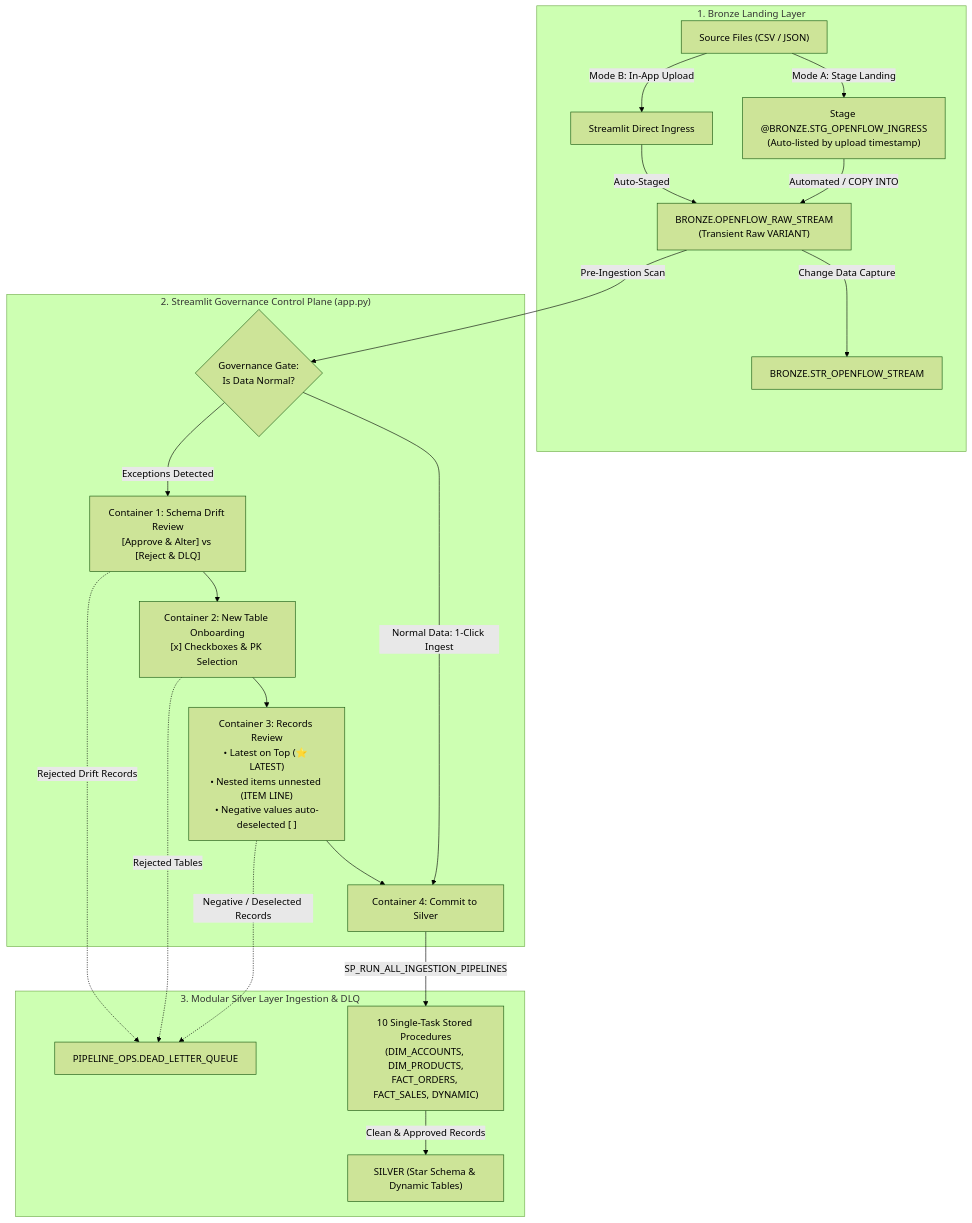
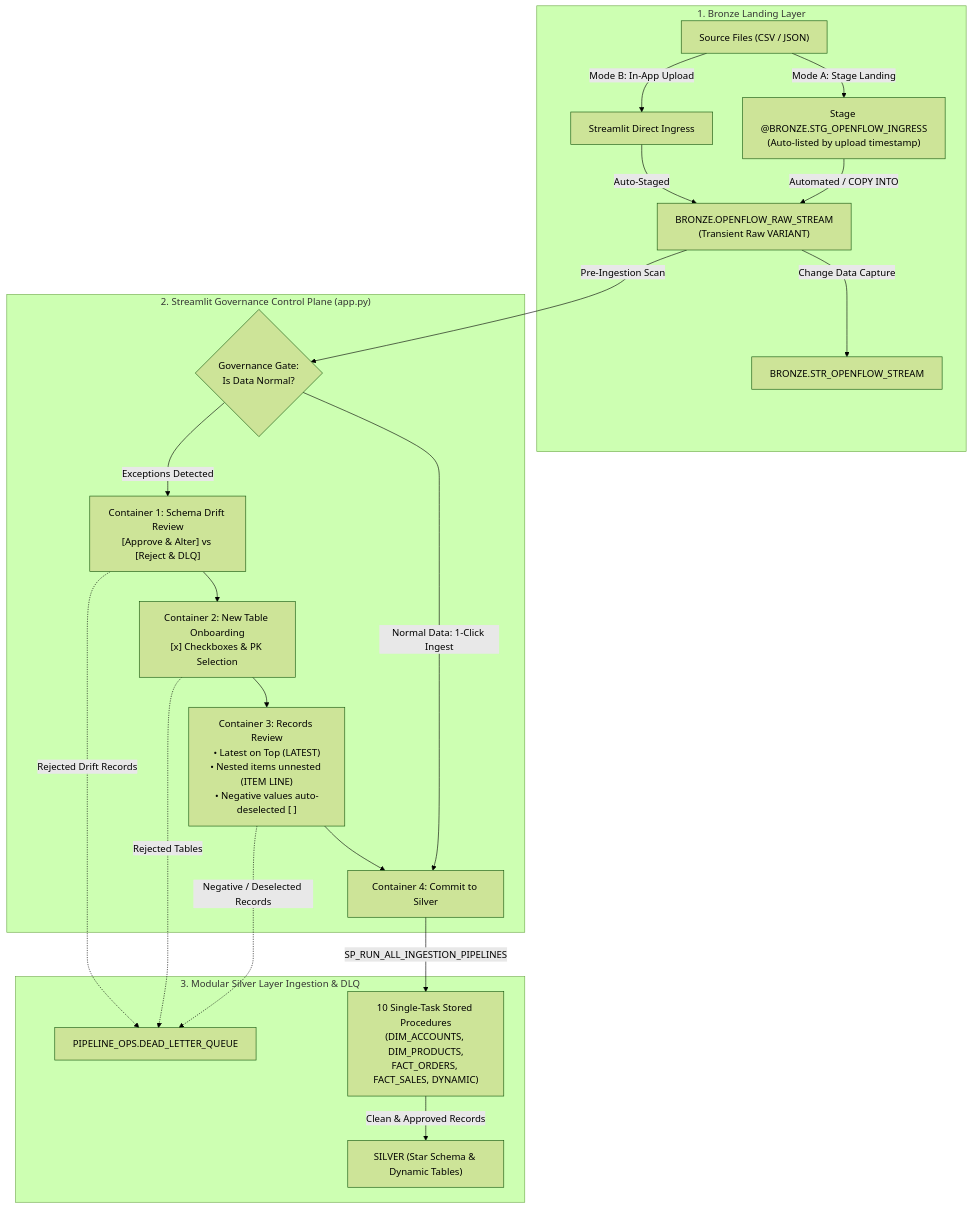
One commit to Nitheesh-542072/Snowflake_Training changed the first of 3 diagrams in Data_integration_design_document.md. Above: the diagram before and after it, drawn with Mermaid (forest theme).

````diff
--- a/Data_integration_design_document.md
+++ b/Data_integration_design_document.md
@@ -30,27 +30,27 @@
 ```mermaid
 flowchart TD
     subgraph S1 ["1. Bronze Landing Layer"]
         SRC["Source Files (CSV / JSON)"] -->|Mode A: Stage Landing| STG["Stage @BRONZE.STG_OPENFLOW_INGRESS<br>(Auto-listed by upload timestamp)"]
         SRC -->|Mode B: In-App Upload| UI_UP["Streamlit Direct Ingress"]
         STG -->|Automated / COPY INTO| RAW["BRONZE.OPENFLOW_RAW_STREAM<br>(Transient Raw VARIANT)"]
         UI_UP -->|Auto-Staged| RAW
         RAW -->|Change Data Capture| STR["BRONZE.STR_OPENFLOW_STREAM"]
     end
 
     subgraph S2 ["2. Streamlit Governance Control Plane (app.py)"]
         RAW -->|Pre-Ingestion Scan| UI_GATE{"Governance Gate:<br>Is Data Normal?"}
         UI_GATE -->|Normal Data: 1-Click Ingest| C4["Container 4: Commit to Silver"]
         UI_GATE -->|Exceptions Detected| C1["Container 1: Schema Drift Review<br>[Approve & Alter] vs [Reject & DLQ]"]
         C1 --> C2["Container 2: New Table Onboarding<br>[x] Checkboxes & PK Selection"]
-        C2 --> C3["Container 3: Records Review<br>• Latest on Top (⭐ LATEST)<br>• Nested items unnested (ITEM LINE)<br>• Negative values auto-deselected [ ]"]
+        C2 --> C3["Container 3: Records Review<br>• Latest on Top (LATEST)<br>• Nested items unnested (ITEM LINE)<br>• Negative values auto-deselected [ ]"]
         C3 --> C4
     end
 
     subgraph S3 ["3. Modular Silver Layer Ingestion & DLQ"]
         C4 -->|SP_RUN_ALL_INGESTION_PIPELINES| PROC["10 Single-Task Stored Procedures<br>(DIM_ACCOUNTS, DIM_PRODUCTS,<br>FACT_ORDERS, FACT_SALES, DYNAMIC)"]
         PROC -->|Clean & Approved Records| TBL["SILVER (Star Schema & Dynamic Tables)"]
         C1 -.->|Rejected Drift Records| DLQ["PIPELINE_OPS.DEAD_LETTER_QUEUE"]
         C2 -.->|Rejected Tables| DLQ
         C3 -.->|Negative / Deselected Records| DLQ
     end
 ```
````
